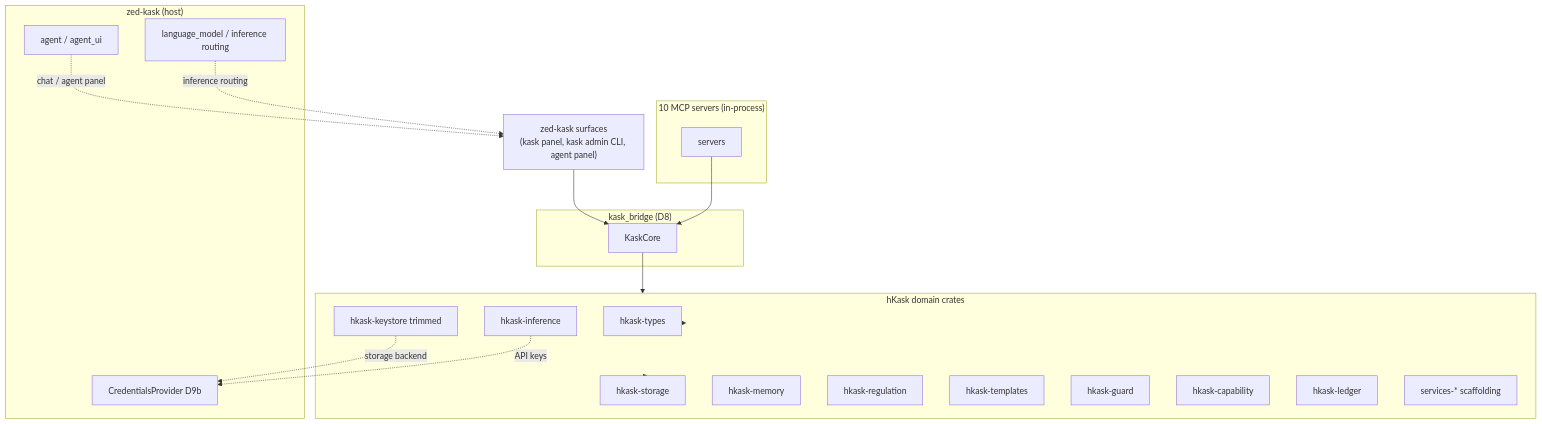
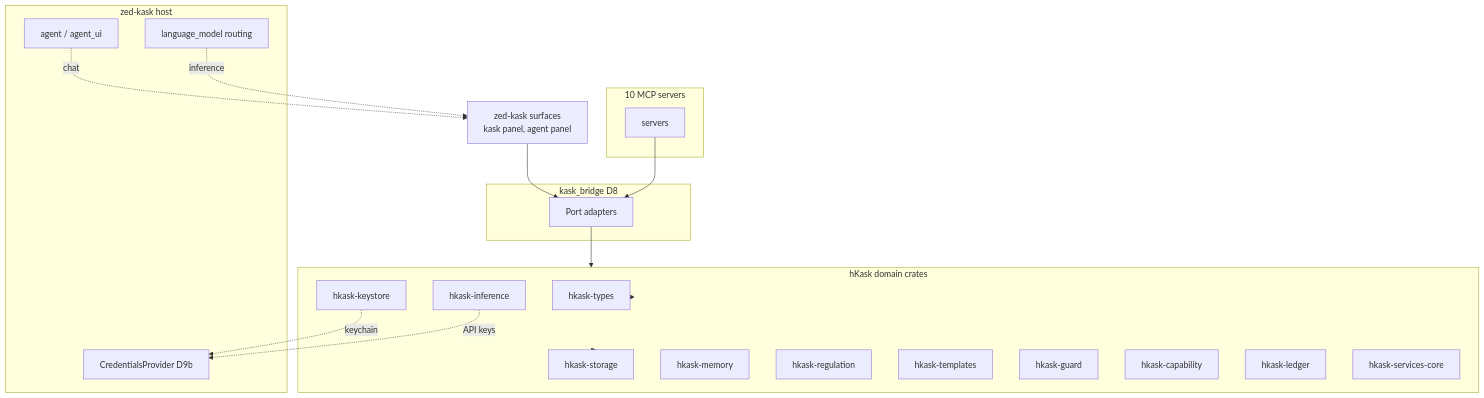
The diagram in kask/docs/architecture/core/MDS.md (mdz-axo/zed-kask), drawn with Mermaid before and after one commit. The commit also changed other lines of this file and 22 other files, not shown here.

````diff
--- a/kask/docs/architecture/core/MDS.md
+++ b/kask/docs/architecture/core/MDS.md
@@ -607,38 +609,38 @@
 ```mermaid
 graph TD
-    ZEDSURF["zed-kask surfaces<br/>(kask panel, kask admin CLI, agent panel)"]
-    subgraph BRIDGE["kask_bridge (D8)"]
-        KC[KaskCore]
+    ZEDSURF["zed-kask surfaces<br/>kask panel, agent panel"]
+    subgraph BRIDGE["kask_bridge D8"]
+        ADAPT["Port adapters"]
     end
-    subgraph MCP["10 MCP servers (in-process)"]
+    subgraph MCP["10 MCP servers"]
         MSRV[servers]
     end
     subgraph HKASK["hKask domain crates"]
         TYPES[hkask-types]
         STORE[hkask-storage]
         MEM[hkask-memory]
         REG[hkask-regulation]
         TEMPLATES[hkask-templates]
         GUARD[hkask-guard]
         CAP[hkask-capability]
-        KS[hkask-keystore trimmed]
+        KS[hkask-keystore]
         LEDGER[hkask-ledger]
         INF[hkask-inference]
-        SVCS[services-* scaffolding]
+        SVCCORE[hkask-services-core]
     end
-    subgraph ZED["zed-kask (host)"]
+    subgraph ZED["zed-kask host"]
         CRED[CredentialsProvider D9b]
-        LM[language_model / inference routing]
+        LM[language_model routing]
         AGENT[agent / agent_ui]
     end
 
-    ZEDSURF --> KC
-    MSRV --> KC
-    KC --> HKASK
-    KS -.->|"storage backend"| CRED
-    INF -.->|"API keys"| CRED
+    ZEDSURF --> ADAPT
+    MSRV --> ADAPT
+    ADAPT --> HKASK
+    KS -.->|keychain| CRED
+    INF -.->|API keys| CRED
     HKASK --> TYPES
     HKASK --> STORE
-    AGENT -.->|"chat / agent panel"| ZEDSURF
-    LM -.->|"inference routing"| ZEDSURF
+    AGENT -.->|chat| ZEDSURF
+    LM -.->|inference| ZEDSURF
 ```
````
